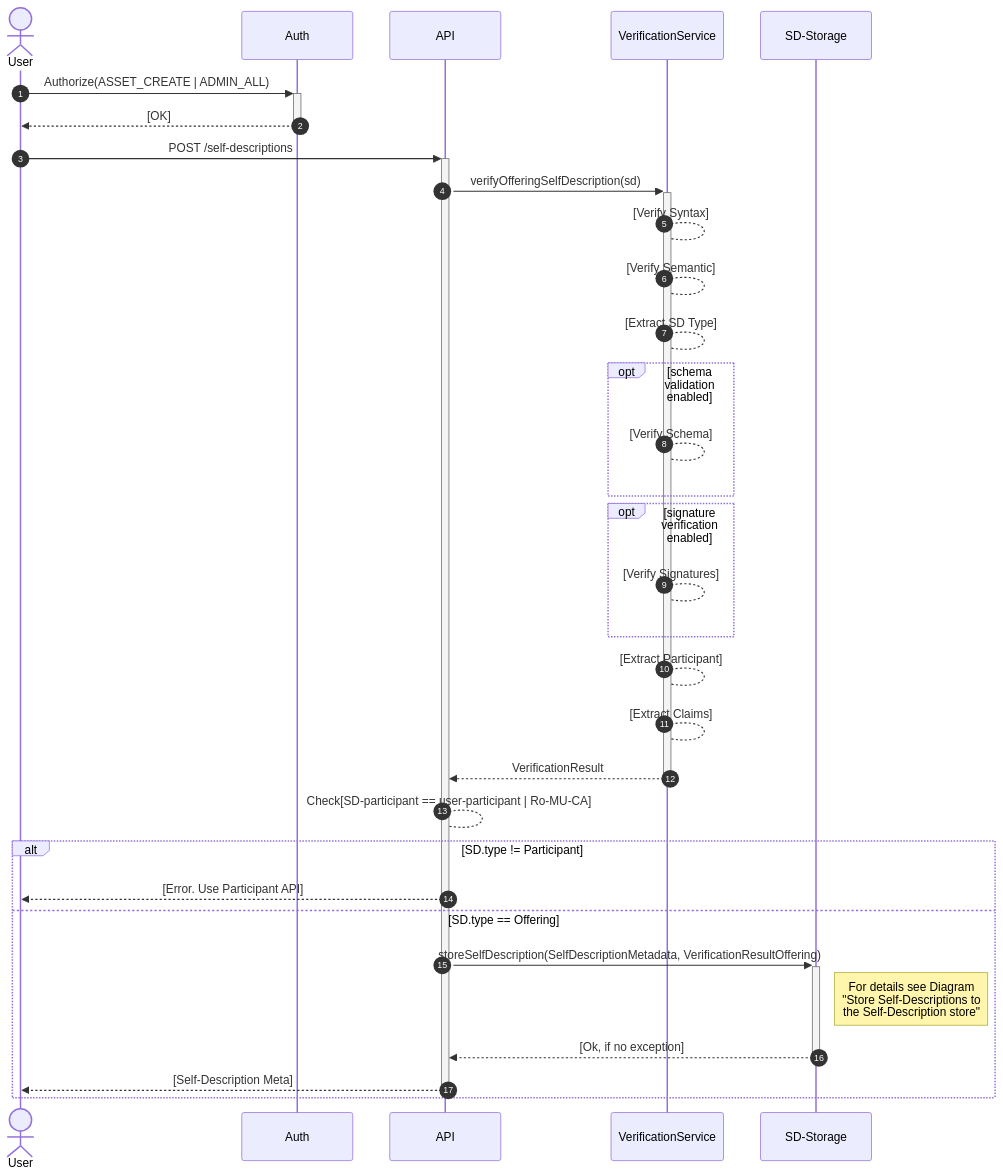
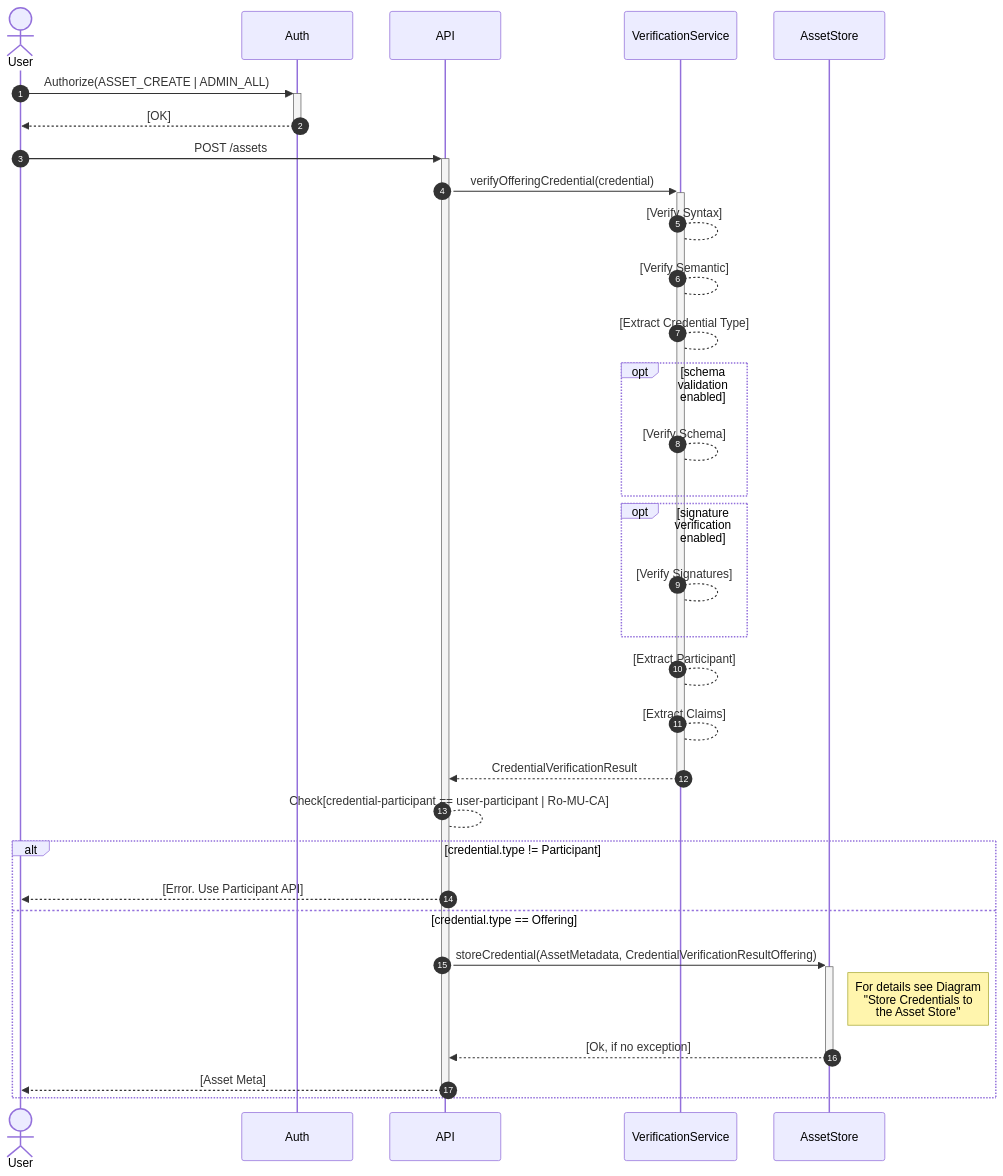
Diagram 17 of 34 in federated-catalogue/src/docs/architecture/chapters/06_runtime_view.adoc (federated-catalogue-enhancements-2026/docs), drawn with Mermaid before and after one commit. The commit also changed other lines of this file and 11 other files, not shown here.

```diff
--- a/federated-catalogue/src/docs/architecture/chapters/06_runtime_view.adoc
+++ b/federated-catalogue/src/docs/architecture/chapters/06_runtime_view.adoc
@@ -581,35 +581,35 @@
 [mermaid, width=2000]
 ....
 sequenceDiagram
     autonumber
     actor User
     participant Auth
     participant API
     participant VerificationService
-    participant SDStore as SD-Storage
+    participant AssetStore as AssetStore
     User ->> + Auth:Authorize(ASSET_CREATE | ADMIN_ALL)
     Auth -->> - User:[OK]
-    User ->> + API:POST /self-descriptions
-    API ->> + VerificationService:verifyOfferingSelfDescription(sd)
+    User ->> + API:POST /assets
+    API ->> + VerificationService:verifyOfferingCredential(credential)
     VerificationService --> VerificationService:[Verify Syntax]
     VerificationService --> VerificationService:[Verify Semantic]
-    VerificationService --> VerificationService:[Extract SD Type]
+    VerificationService --> VerificationService:[Extract Credential Type]
     opt schema validation enabled
         VerificationService --> VerificationService:[Verify Schema]
     end
     opt signature verification enabled
         VerificationService --> VerificationService:[Verify Signatures]
     end
     VerificationService --> VerificationService:[Extract Participant]
     VerificationService --> VerificationService:[Extract Claims]
-    VerificationService -->> - API:VerificationResult
-    API --> API:Check[SD-participant == user-participant | Ro-MU-CA]
-    alt SD.type != Participant
+    VerificationService -->> - API:CredentialVerificationResult
+    API --> API:Check[credential-participant == user-participant | Ro-MU-CA]
+    alt credential.type != Participant
         API -->> User: [Error. Use Participant API]
-    else SD.type == Offering
-        API ->> + SDStore: storeSelfDescription(SelfDescriptionMetadata, VerificationResultOffering)
-    Note right of SDStore: For details see Diagram <br /> "Store Self-Descriptions to <br /> the Self-Description store"
-        SDStore -->> - API: [Ok, if no exception]
-        API -->> - User:[Self-Description Meta]
+    else credential.type == Offering
+        API ->> + AssetStore: storeCredential(AssetMetadata, CredentialVerificationResultOffering)
+    Note right of AssetStore: For details see Diagram <br /> "Store Credentials to <br /> the Asset Store"
+        AssetStore -->> - API: [Ok, if no exception]
+        API -->> - User:[Asset Meta]
     end
 ....
```
